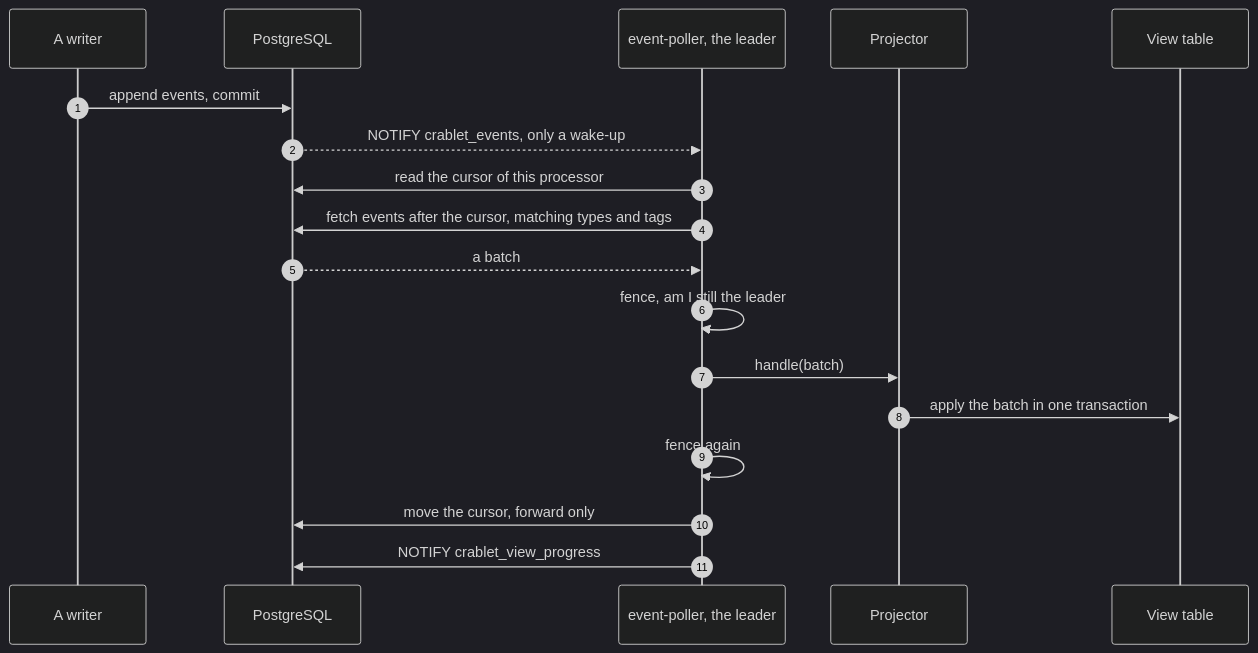
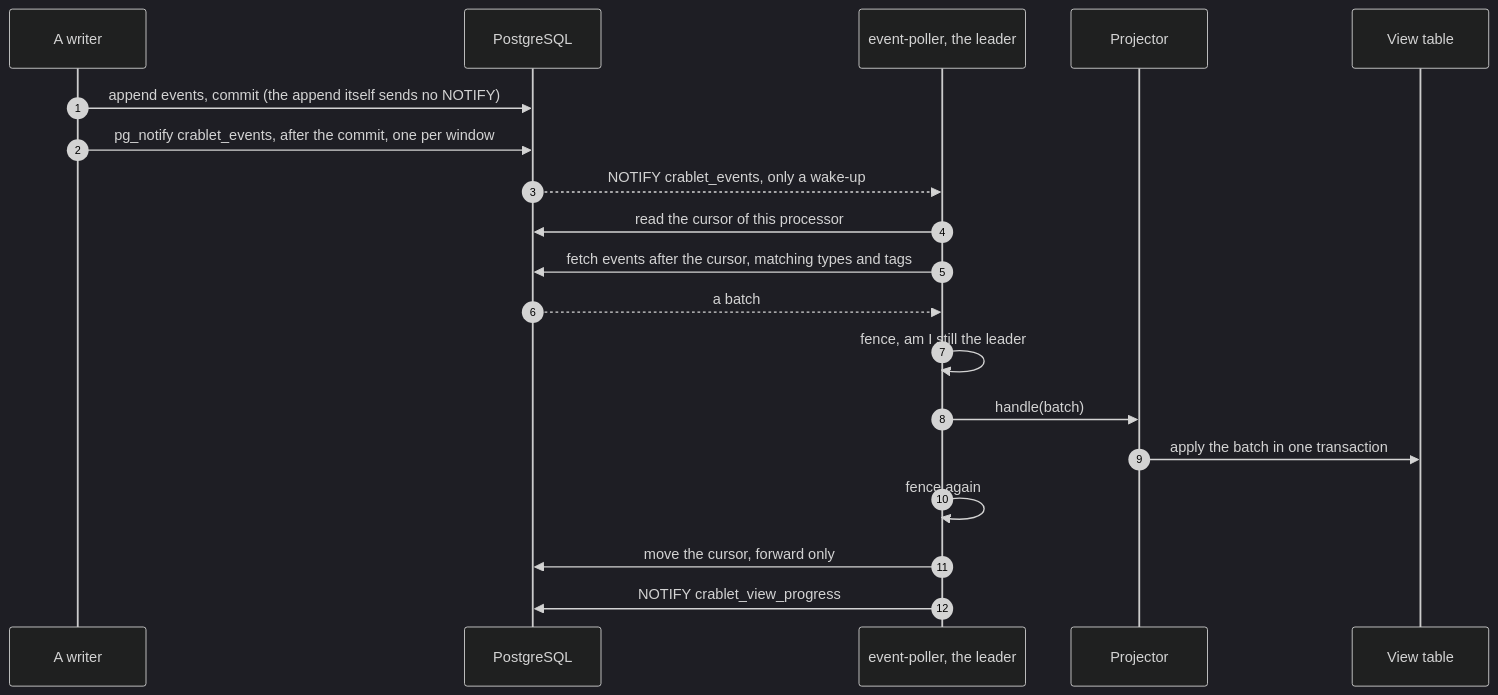
The fourth of 10 diagrams in docs/architecture.md (rodolfodpk/ts-effect-crablet), drawn with Mermaid (dark theme) before and after one commit. The commit also changed other lines of this file and 8 other files, not shown here.

Commit message:
Docs brought up to date: the wake-up sequence in the architecture (after the commit, coalesced), the ADR index, the dashboard and monitoring guides, roles in the production guide, C4 diagrams of the role deployment and of the kind lab, the glossary, the reference and the test counts

````diff
--- a/docs/architecture.md
+++ b/docs/architecture.md
@@ -153,21 +153,22 @@
 ```mermaid
 sequenceDiagram
   autonumber
   participant W as A writer
   participant P as PostgreSQL
   participant Q as event-poller, the leader
   participant J as Projector
   participant V as View table
 
-  W->>P: append events, commit
+  W->>P: append events, commit (the append itself sends no NOTIFY)
+  W->>P: pg_notify crablet_events, after the commit, one per window
   P-->>Q: NOTIFY crablet_events, only a wake-up
   Q->>P: read the cursor of this processor
   Q->>P: fetch events after the cursor, matching types and tags
   P-->>Q: a batch
   Q->>Q: fence, am I still the leader
   Q->>J: handle(batch)
   J->>V: apply the batch in one transaction
   Q->>Q: fence again
   Q->>P: move the cursor, forward only
   Q->>P: NOTIFY crablet_view_progress
 ```
````
